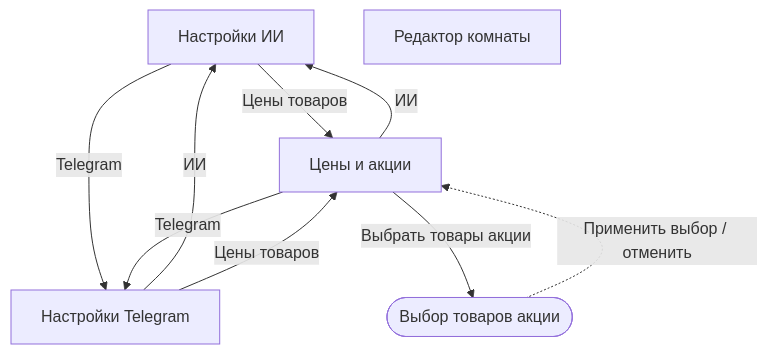
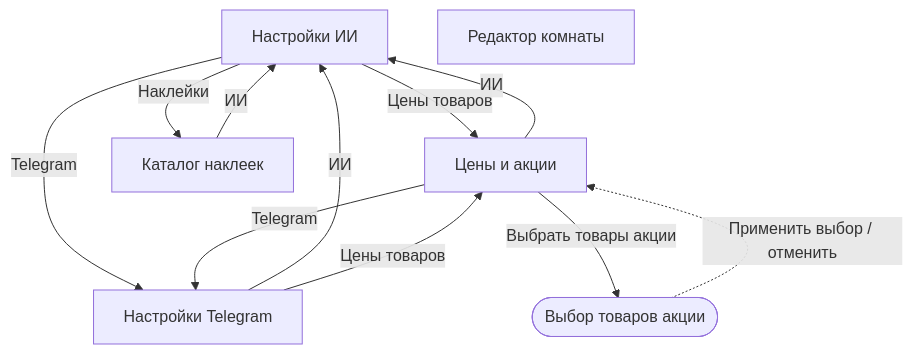
One commit to roctbb/CodingProjects changed the diagram in docs/ux/admin.mmd. Above: the diagram before and after it, drawn with Mermaid. The commit also changed 177 other files, not shown here.

```diff
--- a/docs/ux/admin.mmd
+++ b/docs/ux/admin.mmd
@@ -1,14 +1,17 @@
 flowchart TB
   settings_ai["Настройки ИИ"]
   settings_store["Цены и акции"]
   settings_telegram["Настройки Telegram"]
   room_debug["Редактор комнаты"]
   market_promotion_picker(["Выбор товаров акции"])
+  settings_stickers["Каталог наклеек"]
   settings_ai -->|"Цены товаров"| settings_store
   settings_ai -->|"Telegram"| settings_telegram
   settings_store -->|"ИИ"| settings_ai
   settings_store -->|"Telegram"| settings_telegram
   settings_telegram -->|"ИИ"| settings_ai
   settings_telegram -->|"Цены товаров"| settings_store
   settings_store -->|"Выбрать товары акции"| market_promotion_picker
   market_promotion_picker -.->|"Применить выбор / отменить"| settings_store
+  settings_ai -->|"Наклейки"| settings_stickers
+  settings_stickers -->|"ИИ"| settings_ai
```
